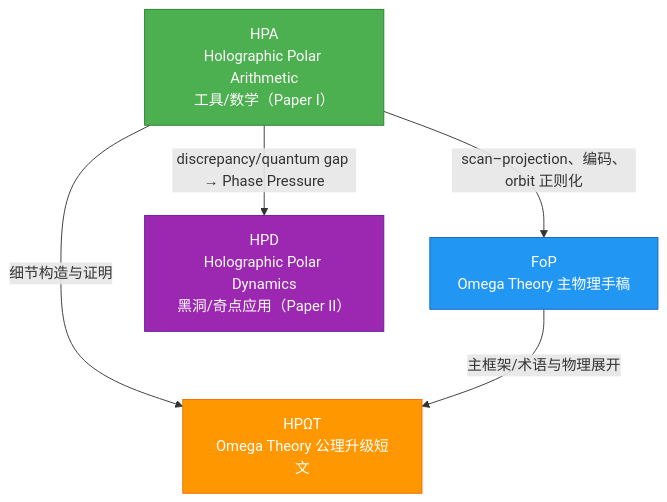
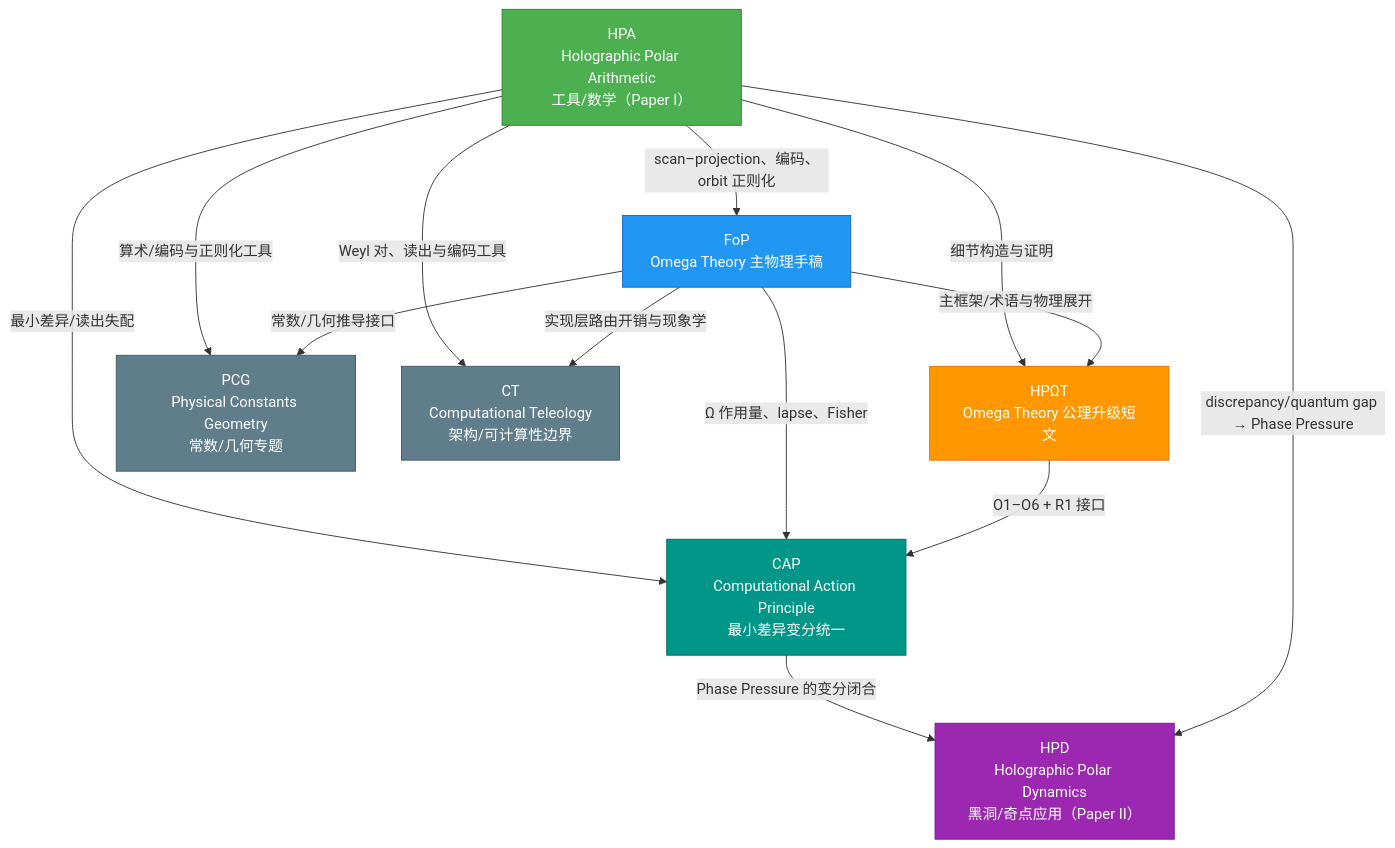
Before and after one commit to loning/the-omega: the diagram in docs/papers/index.md, drawn with Mermaid. The commit also changed other lines of this file and 26 other files, not shown here.

````diff
--- a/docs/papers/index.md
+++ b/docs/papers/index.md
@@ -18,22 +21,38 @@
 ```mermaid
 flowchart TB
   HPA["HPA<br/>Holographic Polar Arithmetic<br/>工具/数学（Paper I）"]
   FoP["FoP<br/>Omega Theory 主物理手稿"]
   HPOT["HPΩT<br/>Omega Theory 公理升级短文"]
+  CAP["CAP<br/>Computational Action Principle<br/>最小差异变分统一"]
   HPD["HPD<br/>Holographic Polar Dynamics<br/>黑洞/奇点应用（Paper II）"]
+  PCG["PCG<br/>Physical Constants Geometry<br/>常数/几何专题"]
+  CT["CT<br/>Computational Teleology<br/>架构/可计算性边界"]
 
   HPA -->|"scan–projection、编码、orbit 正则化"| FoP
-  HPA -->|"discrepancy/quantum gap → Phase Pressure"| HPD
   HPA -->|"细节构造与证明"| HPOT
   FoP -->|"主框架/术语与物理展开"| HPOT
+  HPA -->|"最小差异/读出失配"| CAP
+  FoP -->|"Ω 作用量、lapse、Fisher"| CAP
+  HPOT -->|"O1–O6 + R1 接口"| CAP
+  CAP -->|"Phase Pressure 的变分闭合"| HPD
+  HPA -->|"discrepancy/quantum gap → Phase Pressure"| HPD
+  HPA -->|"Weyl 对、读出与编码工具"| CT
+  FoP -->|"实现层路由开销与现象学"| CT
+  HPA -->|"算术/编码与正则化工具"| PCG
+  FoP -->|"常数/几何推导接口"| PCG
 
   classDef tool fill:#4CAF50,stroke:#2E7D32,color:#FFFFFF;
   classDef core fill:#2196F3,stroke:#1565C0,color:#FFFFFF;
   classDef note fill:#FF9800,stroke:#EF6C00,color:#FFFFFF;
   classDef app fill:#9C27B0,stroke:#6A1B9A,color:#FFFFFF;
+  classDef unify fill:#009688,stroke:#00695C,color:#FFFFFF;
+  classDef topic fill:#607D8B,stroke:#455A64,color:#FFFFFF;
 
   class HPA tool;
   class FoP core;
   class HPOT note;
   class HPD app;
+  class CAP unify;
+  class PCG topic;
+  class CT topic;
 ```
````
